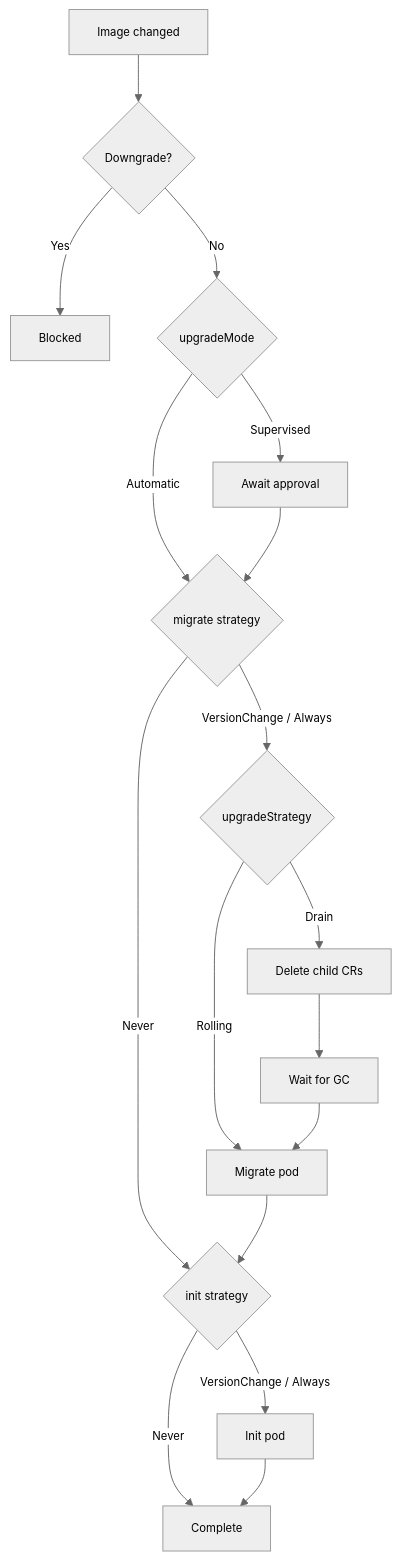
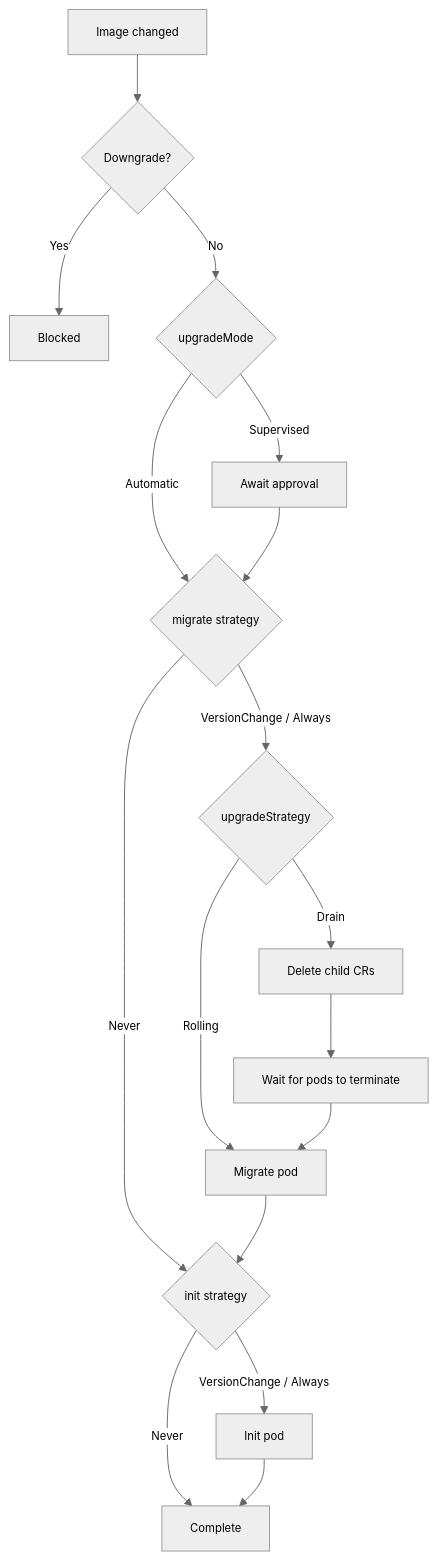
The diagram in docs/architecture.md (renovate-bot/apache-_-superset-kubernetes-operator), drawn with Mermaid before and after one commit. The commit also changed other lines of this file and 7 other files, not shown here.

````diff
--- a/docs/architecture.md
+++ b/docs/architecture.md
@@ -331,18 +347,18 @@
 ```mermaid
 %%{init: {'theme': 'neutral', 'themeVariables': {'fontSize': '12px'}}}%%
 flowchart TD
     A[Image changed] --> B{Downgrade?}
     B -->|Yes| C[Blocked]
     B -->|No| D{upgradeMode}
     D -->|Automatic| F
     D -->|Supervised| E[Await approval]
     E --> F{migrate strategy}
     F -->|Never| I
     F -->|VersionChange / Always| G{upgradeStrategy}
     G -->|Rolling| H[Migrate pod]
-    G -->|Drain| G1[Delete child CRs] --> G2[Wait for GC] --> H
+    G -->|Drain| G1[Delete child CRs] --> G2[Wait for pods to terminate] --> H
     H --> I{init strategy}
     I -->|Never| K[Complete]
     I -->|VersionChange / Always| J[Init pod]
     J --> K
 ```
````
